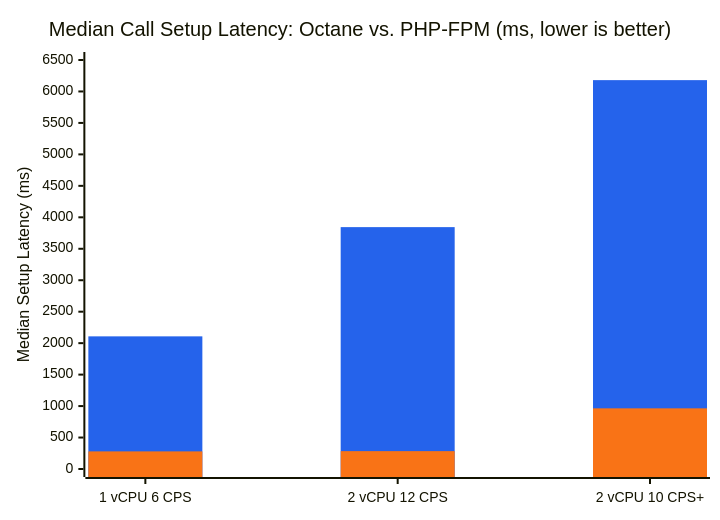
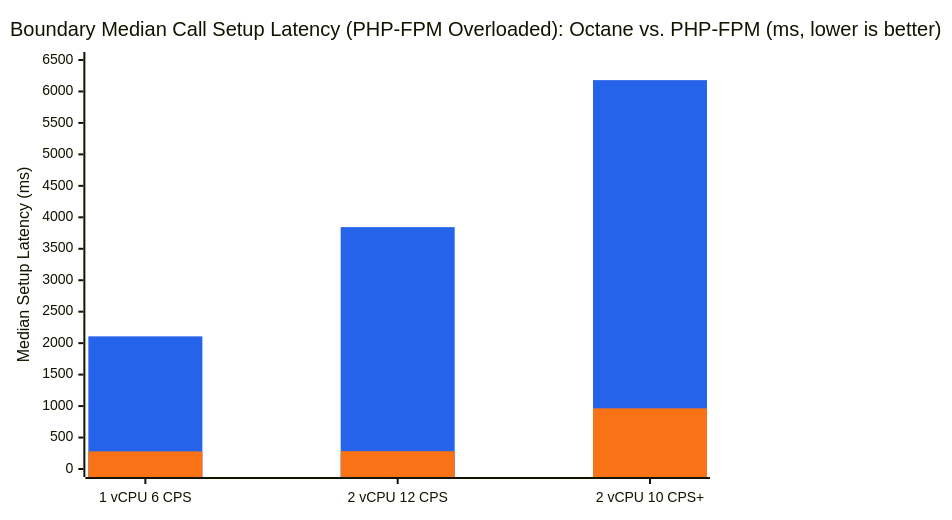
The first of 2 diagrams in docs/load-testing-results.md (tallpbx/tallpbx), drawn with Mermaid before and after one commit. The commit also changed other lines of this file and 6 other files, not shown here.

First line of the commit message:
feat(load-testing): add per-tier targeted SIP ladders and non-dropping latency charts

````diff
--- a/docs/load-testing-results.md
+++ b/docs/load-testing-results.md
@@ -67,14 +70,14 @@
 ```mermaid
 ---
 config:
   themeVariables:
     xyChart:
       plotColorPalette: "#2563eb, #f97316"
 ---
 xychart-beta
-    title "Median Call Setup Latency: Octane vs. PHP-FPM (ms, lower is better)"
+    title "Boundary Median Call Setup Latency (PHP-FPM Overloaded): Octane vs. PHP-FPM (ms, lower is better)"
     x-axis ["1 vCPU 6 CPS", "2 vCPU 12 CPS", "2 vCPU 10 CPS+"]
     y-axis "Median Setup Latency (ms)" 0 --> 6500
     bar [2108, 3844, 6180]
     bar [280, 284, 964]
 ```
````
